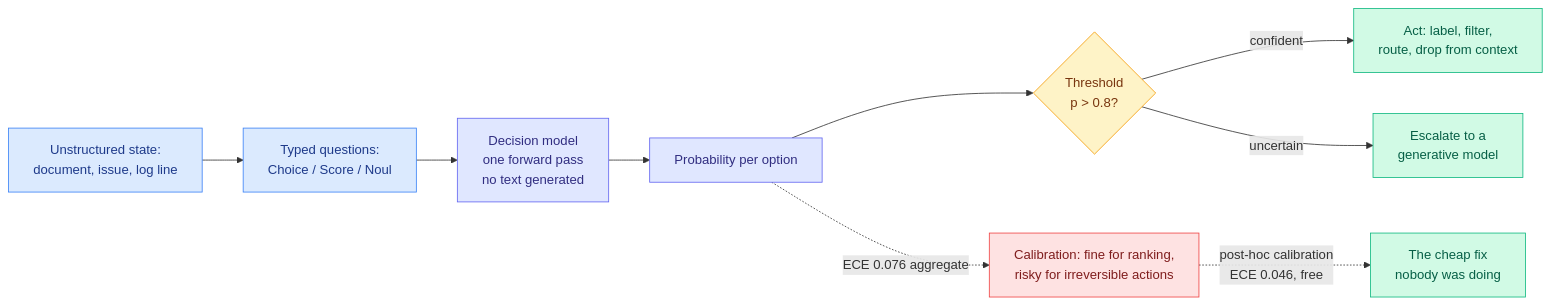
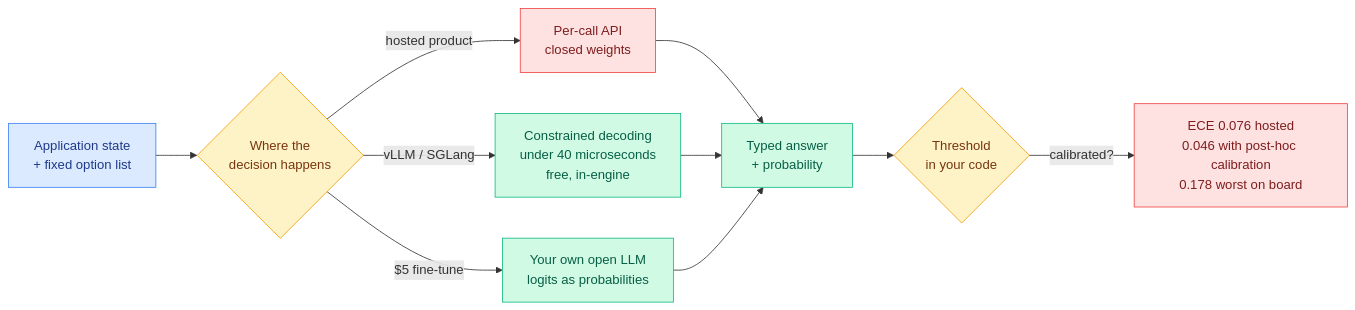
Before and after one commit to bayesiansapien/cere-bro: the diagram in wiki/media-zone/2026-09/2026-09-23.md, drawn with Mermaid. The commit also changed other lines of this file, not shown here.

````diff
--- a/wiki/media-zone/2026-09/2026-09-23.md
+++ b/wiki/media-zone/2026-09/2026-09-23.md
@@ -21,21 +40,20 @@
 ```mermaid
 flowchart LR
-  ST[Unstructured state:<br/>document, issue, log line] --> Q[Typed questions:<br/>Choice / Score / Noul]
-  Q --> M[Decision model<br/>one forward pass<br/>no text generated]
-  M --> P[Probability per option]
-  P --> GATE{Threshold<br/>p > 0.8?}
-  GATE -->|confident| ACT[Act: label, filter,<br/>route, drop from context]
-  GATE -->|uncertain| ESC[Escalate to a<br/>generative model]
-  P -.->|ECE 0.076 aggregate| CAL[Calibration: fine for ranking,<br/>risky for irreversible actions]
-  CAL -.->|post-hoc calibration<br/>ECE 0.046, free| FIX[The cheap fix<br/>nobody was doing]
+  ST[Application state<br/>+ fixed option list] --> ENG{Where the<br/>decision happens}
+  ENG -->|hosted product| API[Per-call API<br/>closed weights]
+  ENG -->|vLLM / SGLang| CD[Constrained decoding<br/>under 40 microseconds<br/>free, in-engine]
+  ENG -->|$5 fine-tune| OWN[Your own open LLM<br/>logits as probabilities]
+  API --> P[Typed answer<br/>+ probability]
+  CD --> P
+  OWN --> P
+  P --> GATE{Threshold<br/>in your code}
+  GATE -->|calibrated?| ECE[ECE 0.076 hosted<br/>0.046 with post-hoc calibration<br/>0.178 worst on board]
   classDef input fill:#dbeafe,stroke:#3b82f6,color:#1e3a8a
   classDef decision fill:#fef3c7,stroke:#f59e0b,color:#78350f
   classDef output fill:#d1fae5,stroke:#10b981,color:#065f46
   classDef warn fill:#fee2e2,stroke:#ef4444,color:#7f1d1d
-  classDef aux fill:#e0e7ff,stroke:#6366f1,color:#312e81
-  class ST,Q input
-  class GATE decision
-  class ACT,ESC,FIX output
-  class CAL warn
-  class M,P aux
+  class ST input
+  class ENG,GATE decision
+  class CD,OWN,P output
+  class API,ECE warn
 ```
````
